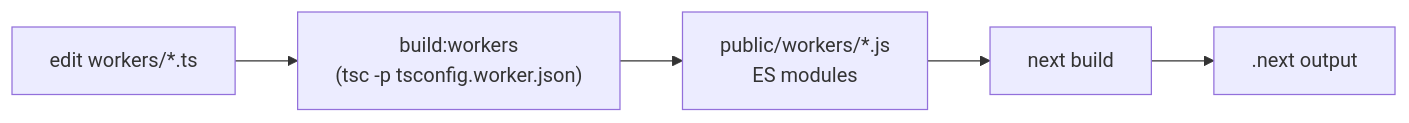
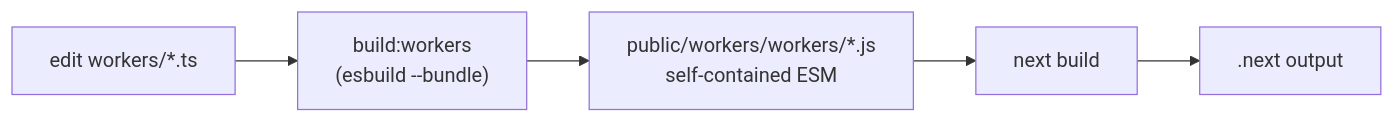
The third of 3 diagrams in .claude/reference/architecture.md (leye195/coinat-v2), drawn with Mermaid before and after one commit. The commit also changed other lines of this file and 1 other file, not shown here.

Commit message:
docs(claude): document esbuild worker bundling and string-path loading
Update the worker build/loading guidance after the tsc → esbuild switch:
- build:workers bundles workers/*.worker.ts into self-contained
  public/workers/workers/*.js (tsc left unresolvable @/ aliases).
- Load workers via a plain string path, not new URL(path, import.meta.url)
  (webpack inlines import.meta.url as file://, which fails to load).

Touches .claude/CLAUDE.md (must-know rules) and
.claude/reference/architecture.md (build pipeline + build quirks).

````diff
--- a/.claude/reference/architecture.md
+++ b/.claude/reference/architecture.md
@@ -59,7 +59,7 @@
 ```mermaid
 flowchart LR
-    A[edit workers/*.ts] --> B["build:workers<br/>(tsc -p tsconfig.worker.json)"]
-    B --> C[public/workers/*.js<br/>ES modules]
+    A[edit workers/*.ts] --> B["build:workers<br/>(esbuild --bundle)"]
+    B --> C[public/workers/workers/*.js<br/>self-contained ESM]
     C --> D[next build]
     D --> E[.next output]
 ```
````
